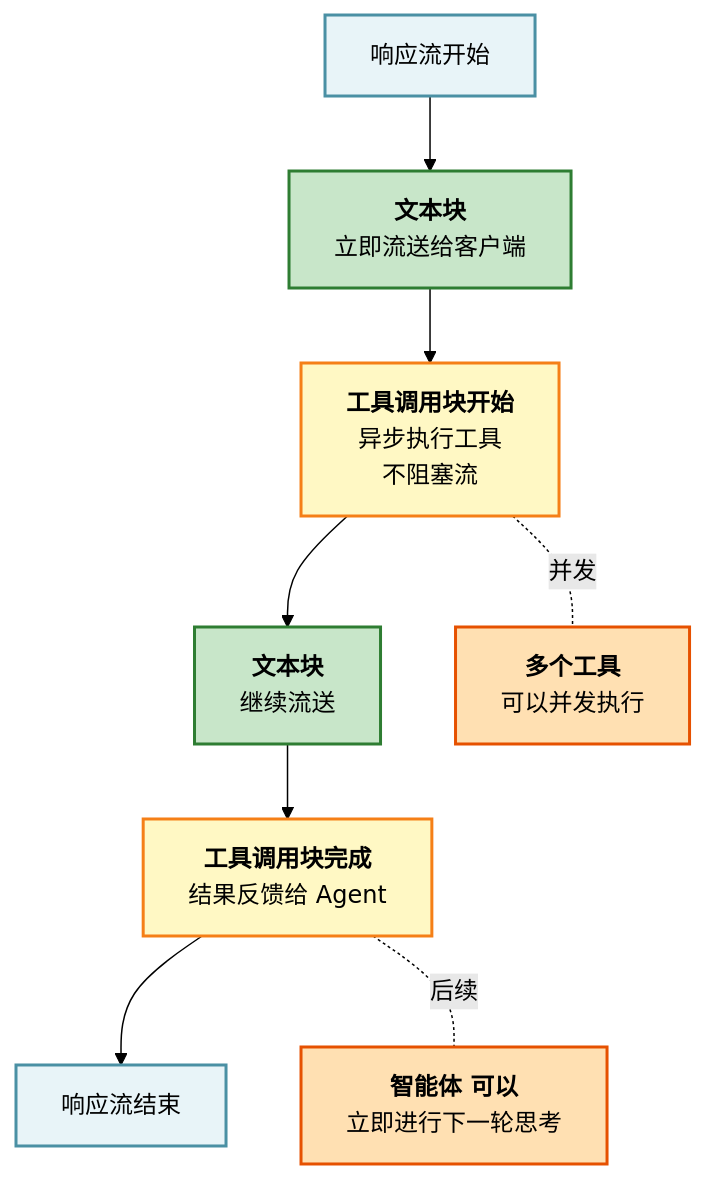
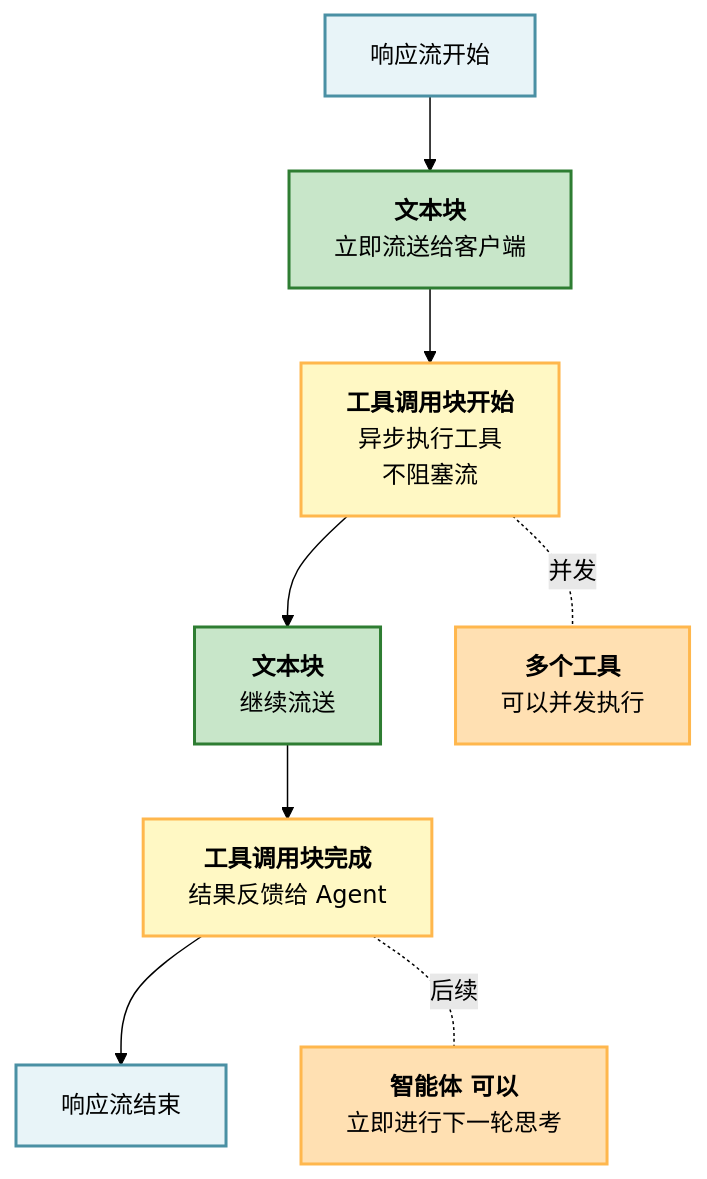
The first of 2 diagrams in 04_runtime/4.3_streaming.md (yeasy/harness_engineering_guide), drawn with Mermaid (forest theme) before and after one commit. The commit also changed 10 other files, not shown here.

Commit message:
Fix saturated Mermaid stroke colors

````diff
--- a/04_runtime/4.3_streaming.md
+++ b/04_runtime/4.3_streaming.md
@@ -22,20 +22,20 @@
 ```mermaid
 graph TD
     A["响应流开始"] --> B["<b>文本块</b><br/>立即流送给客户端"]
     B --> C["<b>工具调用块开始</b><br/>异步执行工具<br/>不阻塞流"]
     C --> D["<b>文本块</b><br/>继续流送"]
     D --> E["<b>工具调用块完成</b><br/>结果反馈给 Agent"]
     E --> F["响应流结束"]
 
     C -.并发.- G["<b>多个工具</b><br/>可以并发执行"]
     E -.后续.- H["<b>智能体 可以</b><br/>立即进行下一轮思考"]
 
     style A fill:#e8f4f8,stroke:#4a90a4,stroke-width:2px,color:#000000
     style B fill:#c8e6c9,stroke:#2e7d32,stroke-width:2px,color:#000000
-    style C fill:#fff8c4,stroke:#f57f17,stroke-width:2px,color:#000000
+    style C fill:#fff8c4,stroke:#ffb74d,stroke-width:2px,color:#000000
     style D fill:#c8e6c9,stroke:#2e7d32,stroke-width:2px,color:#000000
-    style E fill:#fff8c4,stroke:#f57f17,stroke-width:2px,color:#000000
+    style E fill:#fff8c4,stroke:#ffb74d,stroke-width:2px,color:#000000
     style F fill:#e8f4f8,stroke:#4a90a4,stroke-width:2px,color:#000000
-    style G fill:#ffe0b2,stroke:#e65100,stroke-width:2px,color:#000000
-    style H fill:#ffe0b2,stroke:#e65100,stroke-width:2px,color:#000000
+    style G fill:#ffe0b2,stroke:#ffb74d,stroke-width:2px,color:#000000
+    style H fill:#ffe0b2,stroke:#ffb74d,stroke-width:2px,color:#000000
 ```
````
